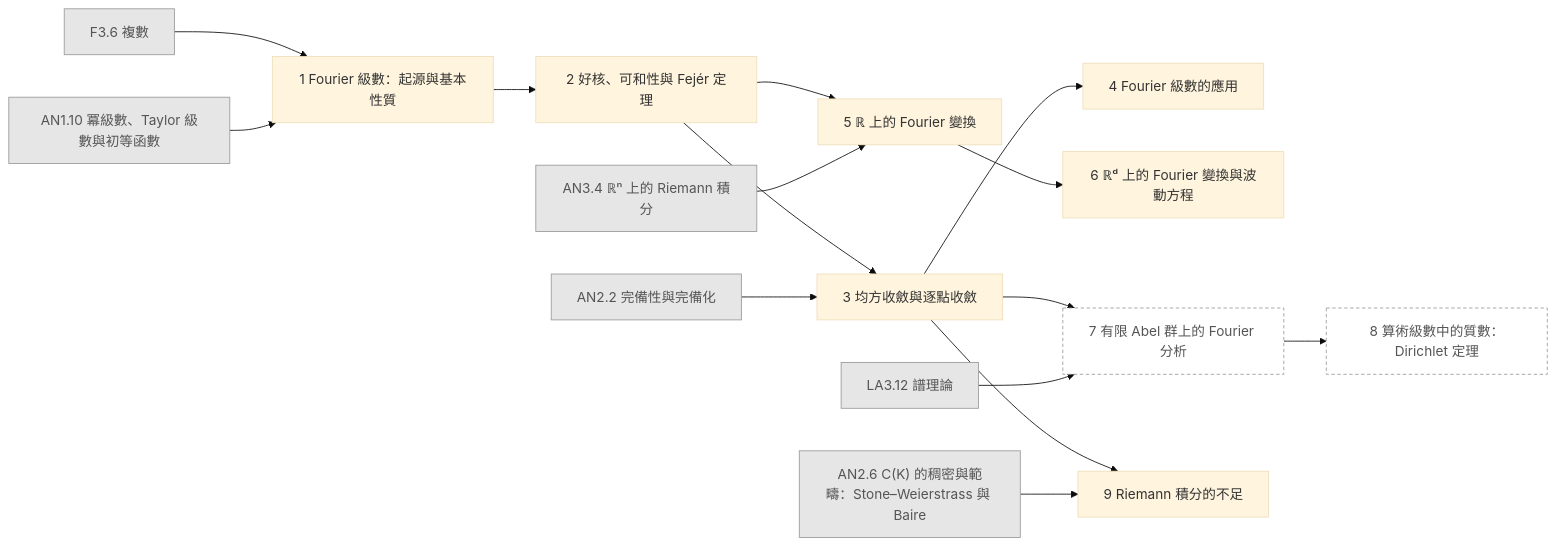
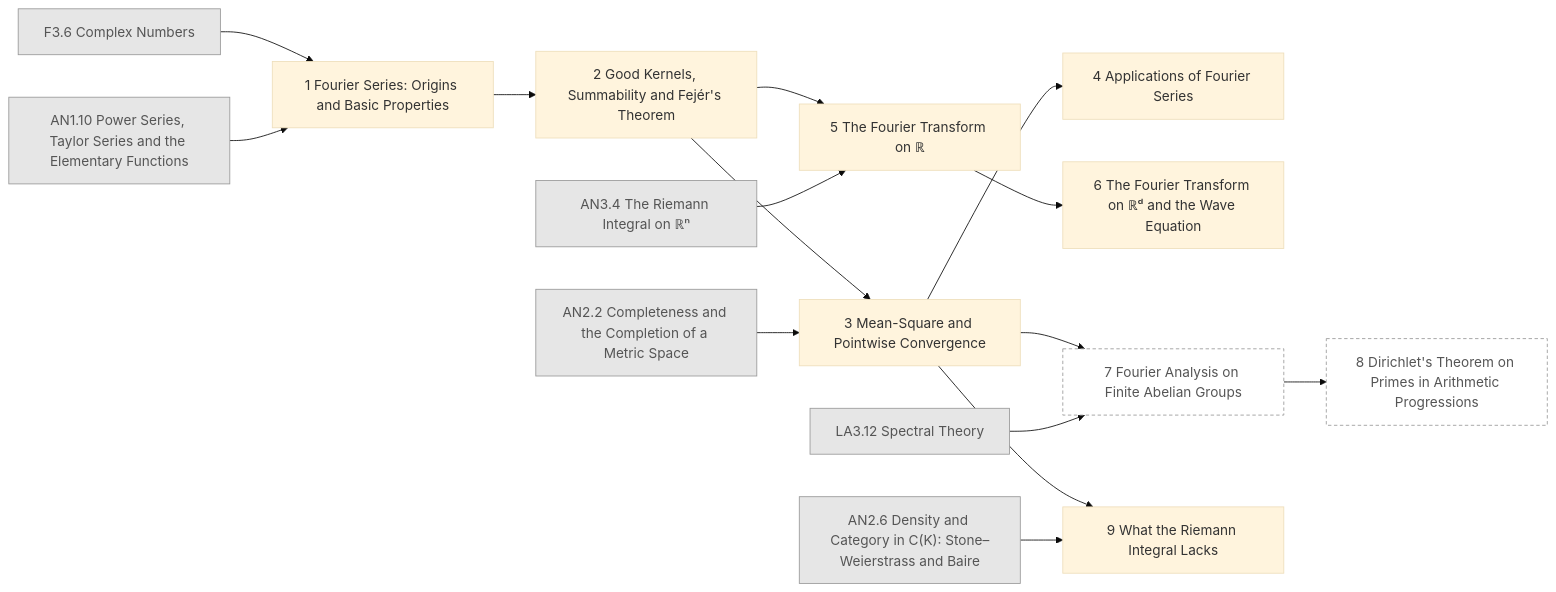
One commit to AkizumiFox/math-atlas changed diagram 15 of 26 in generated/README.md. Above: the diagram before and after it, drawn with Mermaid (base theme). The commit also changed other lines of this file and 36 other files, not shown here.

````diff
--- a/generated/README.md
+++ b/generated/README.md
@@ -435,35 +434,35 @@
 ```mermaid
 flowchart LR
-  AN1_10["AN1.10 冪級數、Taylor 級數與初等函數"]:::ext
-  F3_6["F3.6 複數"]:::ext
-  LA3_12["LA3.12 譜理論"]:::ext
-  AN2_2["AN2.2 完備性與完備化"]:::ext
-  AN2_6["AN2.6 C(K) 的稠密與範疇：Stone–Weierstrass 與 Baire"]:::ext
-  AN3_4["AN3.4 ℝⁿ 上的 Riemann 積分"]:::ext
-  HA_1["1 Fourier 級數：起源與基本性質"]
-  HA_2["2 好核、可和性與 Fejér 定理"]
-  HA_3["3 均方收斂與逐點收斂"]
-  HA_4["4 Fourier 級數的應用"]
-  HA_5["5 ℝ 上的 Fourier 變換"]
-  HA_6["6 ℝᵈ 上的 Fourier 變換與波動方程"]
-  HA_7["7 有限 Abel 群上的 Fourier 分析"]:::opt
-  HA_8["8 算術級數中的質數：Dirichlet 定理"]:::opt
-  HA_9["9 Riemann 積分的不足"]
+  AN1_10["AN1.10 Power Series, Taylor Series and the Elementary Functions"]:::ext
+  F3_6["F3.6 Complex Numbers"]:::ext
+  LA3_12["LA3.12 Spectral Theory"]:::ext
+  AN2_2["AN2.2 Completeness and the Completion of a Metric Space"]:::ext
+  AN2_6["AN2.6 Density and Category in C(K): Stone–Weierstrass and Baire"]:::ext
+  AN3_4["AN3.4 The Riemann Integral on ℝⁿ"]:::ext
+  HA_1["1 Fourier Series: Origins and Basic Properties"]
+  HA_2["2 Good Kernels, Summability and Fejér's Theorem"]
+  HA_3["3 Mean-Square and Pointwise Convergence"]
+  HA_4["4 Applications of Fourier Series"]
+  HA_5["5 The Fourier Transform on ℝ"]
+  HA_6["6 The Fourier Transform on ℝᵈ and the Wave Equation"]
+  HA_7["7 Fourier Analysis on Finite Abelian Groups"]:::opt
+  HA_8["8 Dirichlet's Theorem on Primes in Arithmetic Progressions"]:::opt
+  HA_9["9 What the Riemann Integral Lacks"]
   AN1_10 --> HA_1
   F3_6 --> HA_1
   HA_1 --> HA_2
   AN2_2 --> HA_3
   HA_2 --> HA_3
   HA_3 --> HA_4
   AN3_4 --> HA_5
   HA_2 --> HA_5
   HA_5 --> HA_6
   LA3_12 --> HA_7
   HA_3 --> HA_7
   HA_7 --> HA_8
   AN2_6 --> HA_9
   HA_3 --> HA_9
   classDef ext fill:#e6e6e6,stroke:#999,color:#555
   classDef opt fill:#fff,stroke:#999,stroke-dasharray:4 3,color:#555
   classDef segb fill:#f6f6fb,stroke:#99a,color:#333
 ```
````
